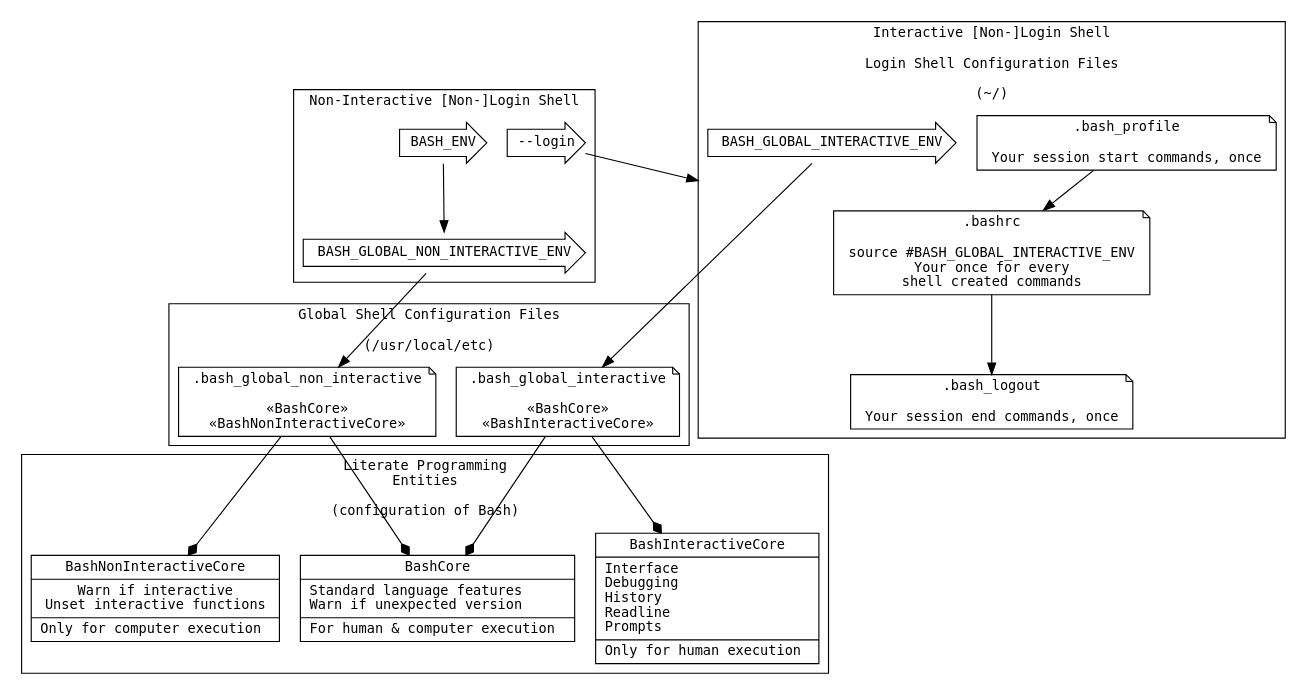
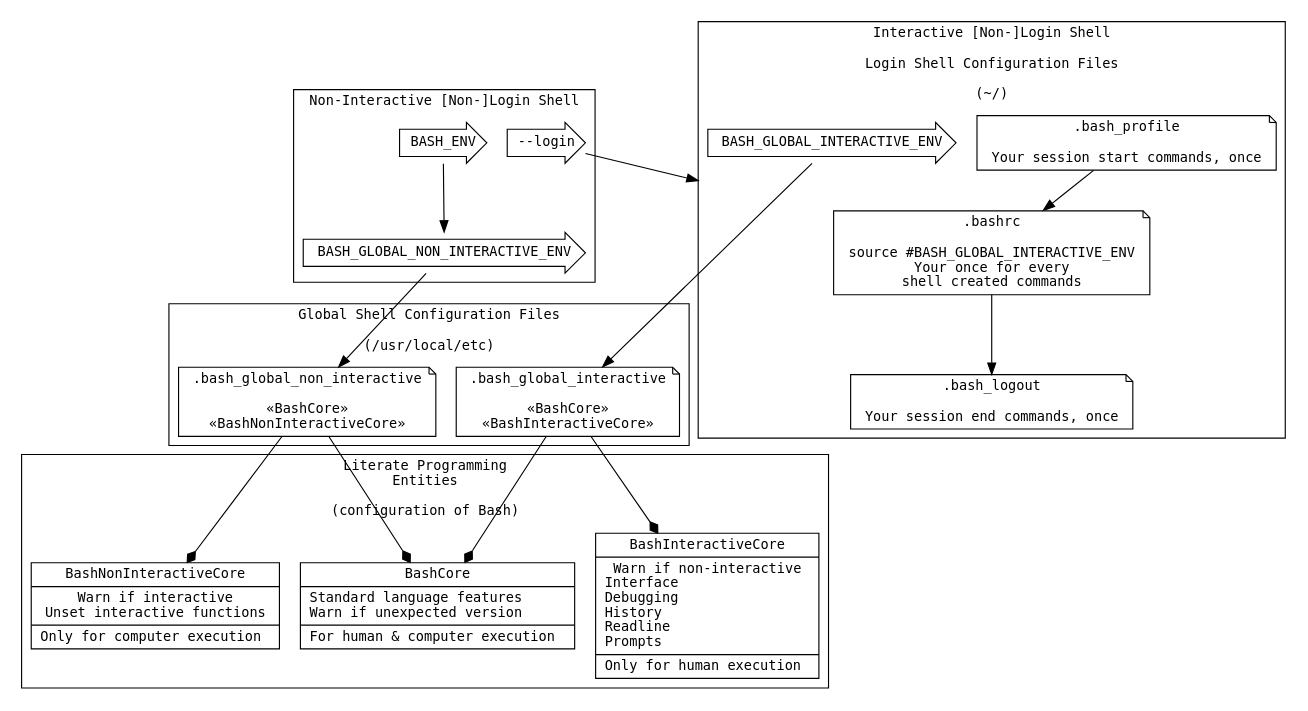
Before and after one commit to grettke/bash: the diagram in bash.org, drawn with Graphviz. The commit also changed 1 other file, not shown here.

Commit message:
Consistently warn

```diff
--- a/bash.org
+++ b/bash.org
@@ -2487,41 +2487,41 @@
 #+BEGIN_SRC dot :file "./image/version04.png" :wrap "RESULTS"
 digraph version5 {
   fontname = "DejaVu Sans Mono";
   fontsize = 12;
   node [shape = "record" fontname = "DejaVu Sans Mono" fontsize = 12];
   compound = true;
   subgraph cluster_A {
     label = "Literate Programming\nEntities\n\n(configuration of Bash)";
     BashCore[label = "{BashCore|Standard language features\lWarn if unexpected version\l|For human & computer execution\l}"];
     BashNonInteractiveCore[label = "{BashNonInteractiveCore|Warn if interactive\nUnset interactive functions|Only for computer execution\l}"];
-    BashInteractiveCore[label = "{BashInteractiveCore|Interface\lDebugging\lHistory\lReadline\lPrompts\l|Only for human execution\l}"];
+    BashInteractiveCore[label = "{BashInteractiveCore|Warn if non-interactive\nInterface\lDebugging\lHistory\lReadline\lPrompts\l|Only for human execution\l}"];
   }
   subgraph cluster_B {
     label = "Global Shell Configuration Files\n\n(/usr/local/etc)";
     BashGlobalNonInteractiveFile[shape = "note" label = ".bash_global_non_interactive\n\n«BashCore»\n«BashNonInteractiveCore»"];
     BashGlobalInteractiveFile[shape = "note" label = ".bash_global_interactive\n\n«BashCore»\n«BashInteractiveCore»"];
   }
   subgraph cluster_C {
     label = "Interactive [Non-]Login Shell\n\nLogin Shell Configuration Files\n\n(~/)";
     BashProfile[shape = "note" label = ".bash_profile\n\nYour session start commands, once"];
     BashRc[shape = "note" label = ".bashrc\n\nsource #BASH_GLOBAL_INTERACTIVE_ENV\nYour once for every\nshell created commands"];
     BashLogout[shape = "note" label = ".bash_logout\n\nYour session end commands, once"];
     BashGlobalInteractiveProp [shape = "rarrow" label = "BASH_GLOBAL_INTERACTIVE_ENV"];
   }
   subgraph cluster_D {
     label = "Non-Interactive [Non-]Login Shell";
     BashEnv [shape = "rarrow" label = "BASH_ENV"];
     BashGlobalNonInteractiveProp [shape = "rarrow" label = "BASH_GLOBAL_NON_INTERACTIVE_ENV"];
     BashNonInteractiveLoginInit [shape = "rarrow" label="--login"];
   }
   BashProfile -> BashRc;
   BashRc -> BashLogout;
   BashEnv -> BashGlobalNonInteractiveProp -> BashGlobalNonInteractiveFile;
   BashGlobalInteractiveProp -> BashGlobalInteractiveFile;
   BashNonInteractiveLoginInit -> BashRc [lhead=cluster_C];
   BashGlobalInteractiveFile -> BashCore [arrowhead=diamond];
   BashGlobalInteractiveFile -> BashInteractiveCore [arrowhead=diamond];
   BashGlobalNonInteractiveFile -> BashCore [arrowhead=diamond];
   BashGlobalNonInteractiveFile -> BashNonInteractiveCore [arrowhead=diamond];
 }
 #+END_SRC
```
